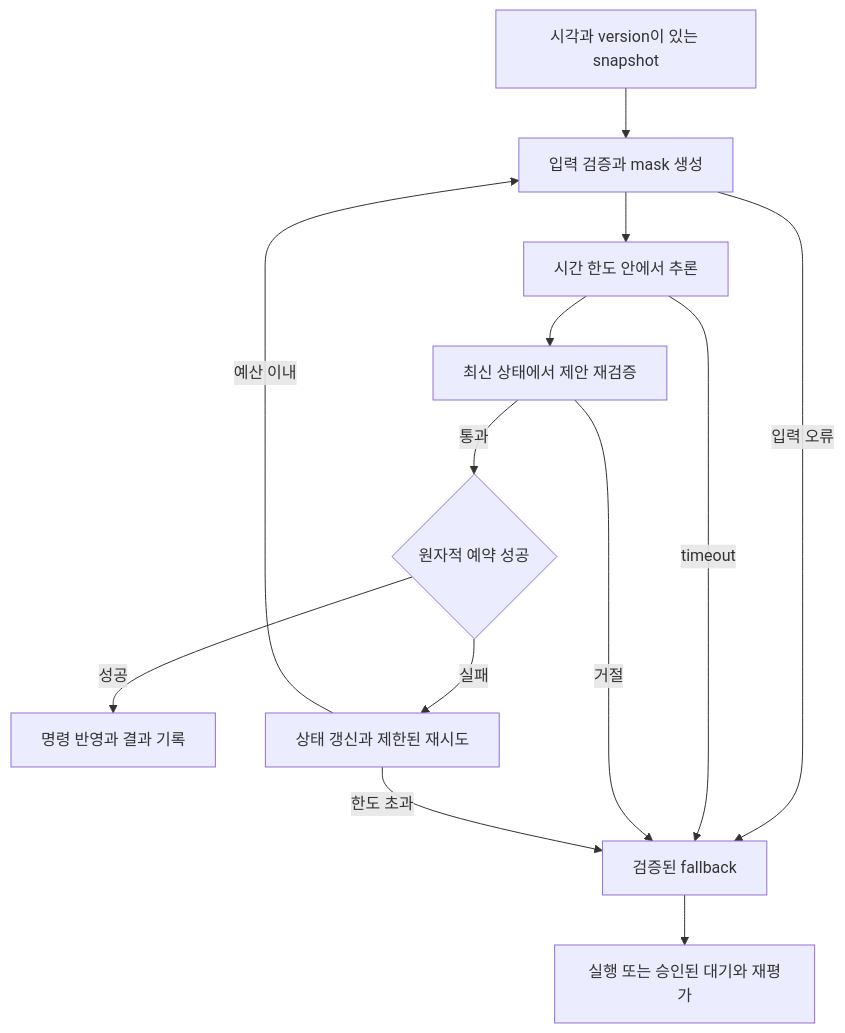
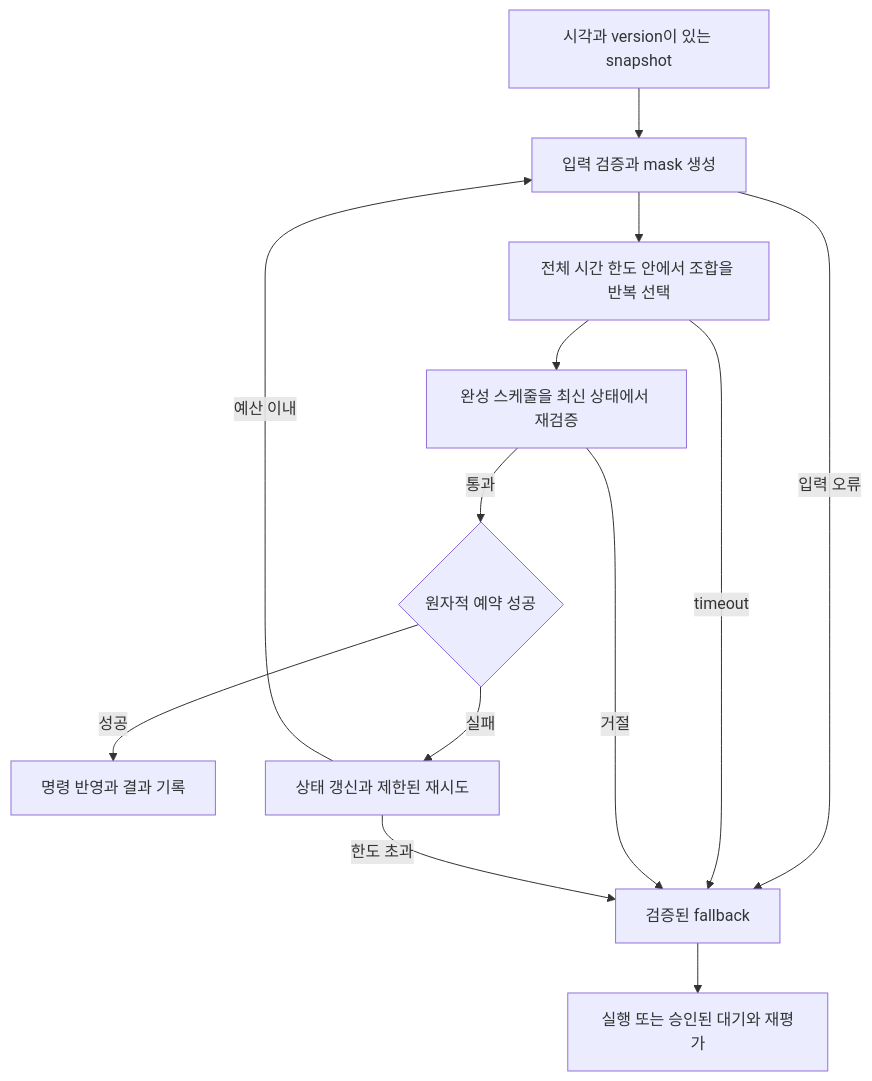
One commit to RohDongHyun/rohdonghyun.github.io changed the diagram in content/posts/insights/rl-training-and-operations/10-policy-operations.md. Above: the diagram before and after it, drawn with Mermaid. The commit also changed other lines of this file and 12 other files, not shown here.

````diff
--- a/content/posts/insights/rl-training-and-operations/10-policy-operations.md
+++ b/content/posts/insights/rl-training-and-operations/10-policy-operations.md
@@ -69,15 +70,15 @@
 ```mermaid
 flowchart TD
   A[시각과 version이 있는 snapshot] --> B[입력 검증과 mask 생성]
-  B --> C[시간 한도 안에서 추론]
-  C --> D[최신 상태에서 제안 재검증]
+  B --> C[전체 시간 한도 안에서 조합을 반복 선택]
+  C --> D[완성 스케줄을 최신 상태에서 재검증]
   D -->|통과| E{원자적 예약 성공}
   E -->|성공| F[명령 반영과 결과 기록]
   E -->|실패| G[상태 갱신과 제한된 재시도]
   G -->|예산 이내| B
   B -->|입력 오류| H[검증된 fallback]
   C -->|timeout| H
   D -->|거절| H
   G -->|한도 초과| H
   H --> I[실행 또는 승인된 대기와 재평가]
 ```
````
